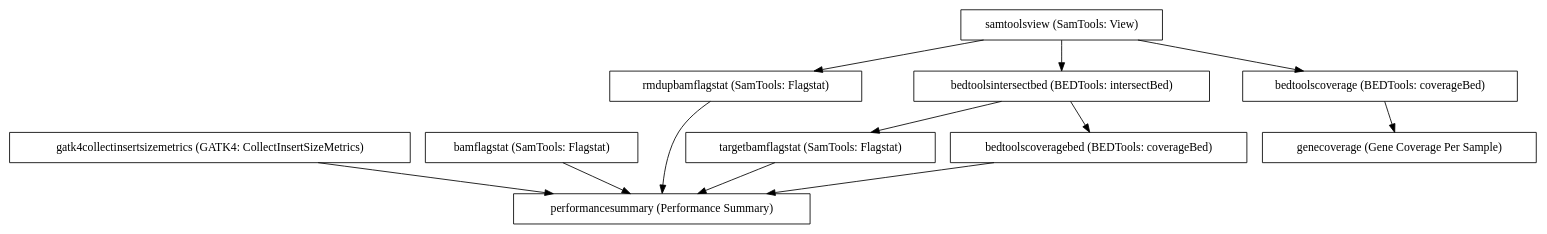
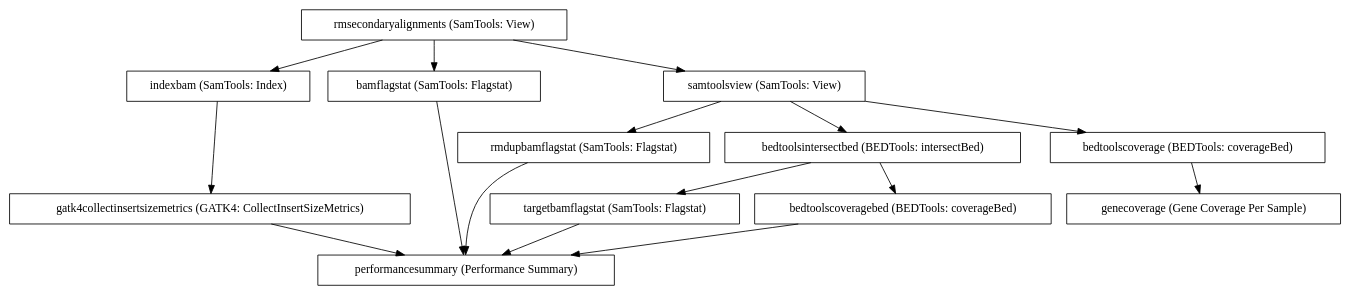
One commit to PMCC-BioinformaticsCore/janis changed the diagram in docs/tools/bioinformatics/peter maccallum cancer centre/PerformanceSummaryTargeted_v0_1_0.dot. Above: the diagram before and after it, drawn with Graphviz. The commit also changed 365 other files, not shown here.

```diff
--- a/docs/tools/bioinformatics/peter maccallum cancer centre/PerformanceSummaryTargeted_v0_1_0.dot
+++ b/docs/tools/bioinformatics/peter maccallum cancer centre/PerformanceSummaryTargeted_v0_1_0.dot
@@ -1,25 +1,31 @@
 // Performance summary workflow (targeted bed)
 digraph PerformanceSummaryTargeted {
 	node [shape=record]
+	rmsecondaryalignments [label="rmsecondaryalignments (SamTools: View)"]
+	indexbam [label="indexbam (SamTools: Index)"]
 	gatk4collectinsertsizemetrics [label="gatk4collectinsertsizemetrics (GATK4: CollectInsertSizeMetrics)"]
 	bamflagstat [label="bamflagstat (SamTools: Flagstat)"]
 	samtoolsview [label="samtoolsview (SamTools: View)"]
 	rmdupbamflagstat [label="rmdupbamflagstat (SamTools: Flagstat)"]
 	bedtoolsintersectbed [label="bedtoolsintersectbed (BEDTools: intersectBed)"]
 	targetbamflagstat [label="targetbamflagstat (SamTools: Flagstat)"]
 	bedtoolscoveragebed [label="bedtoolscoveragebed (BEDTools: coverageBed)"]
 	performancesummary [label="performancesummary (Performance Summary)"]
 	bedtoolscoverage [label="bedtoolscoverage (BEDTools: coverageBed)"]
 	genecoverage [label="genecoverage (Gene Coverage Per Sample)"]
+	rmsecondaryalignments -> indexbam
+	indexbam -> gatk4collectinsertsizemetrics
+	rmsecondaryalignments -> bamflagstat
+	rmsecondaryalignments -> samtoolsview
 	samtoolsview -> rmdupbamflagstat
 	samtoolsview -> bedtoolsintersectbed
 	bedtoolsintersectbed -> targetbamflagstat
 	bedtoolsintersectbed -> bedtoolscoveragebed
+	targetbamflagstat -> performancesummary
+	gatk4collectinsertsizemetrics -> performancesummary
 	rmdupbamflagstat -> performancesummary
+	bamflagstat -> performancesummary
 	bedtoolscoveragebed -> performancesummary
-	bamflagstat -> performancesummary
-	gatk4collectinsertsizemetrics -> performancesummary
-	targetbamflagstat -> performancesummary
 	samtoolsview -> bedtoolscoverage
 	bedtoolscoverage -> genecoverage
 }
```
